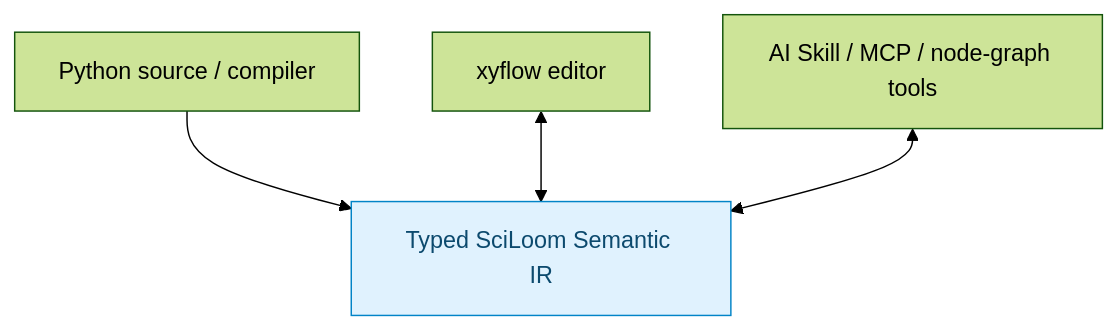
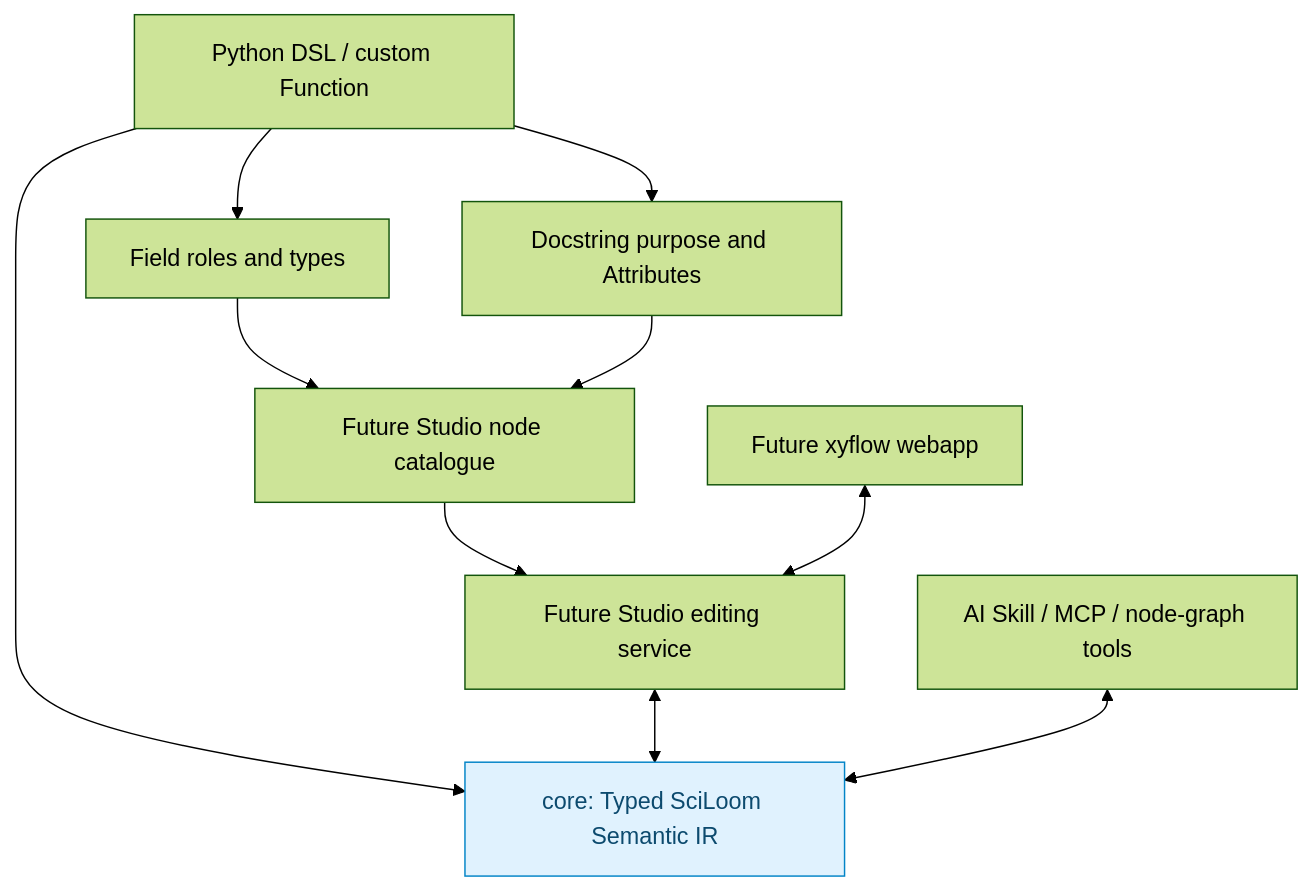
One commit to TsumiNa/sciloom changed the first of 2 diagrams in docs/07_XYFLOW_AI_SHARED_IR.md. Above: the diagram before and after it, drawn with Mermaid (forest theme). The commit also changed other lines of this file and 17 other files, not shown here.

````diff
--- a/docs/07_XYFLOW_AI_SHARED_IR.md
+++ b/docs/07_XYFLOW_AI_SHARED_IR.md
@@ -7,8 +11,14 @@
 ```mermaid
 flowchart TB
-    Python["Python source / compiler"] --> IR["Typed SciLoom Semantic IR"]
-    GUI["xyflow editor"] <--> IR
+    Python["Python DSL / custom Function"] --> IR["core: Typed SciLoom Semantic IR"]
+    Python --> Schema["Field roles and types"]
+    Python --> Docs["Docstring purpose and Attributes"]
+    Schema --> Catalog["Future Studio node catalogue"]
+    Docs --> Catalog
+    Catalog --> Studio["Future Studio editing service"]
+    GUI["Future xyflow webapp"] <--> Studio
+    Studio <--> IR
     AI["AI Skill / MCP / node-graph tools"] <--> IR
     classDef core fill:#e0f2fe,stroke:#0284c7,color:#0c4a6e;
     class IR core;
 ```
````
